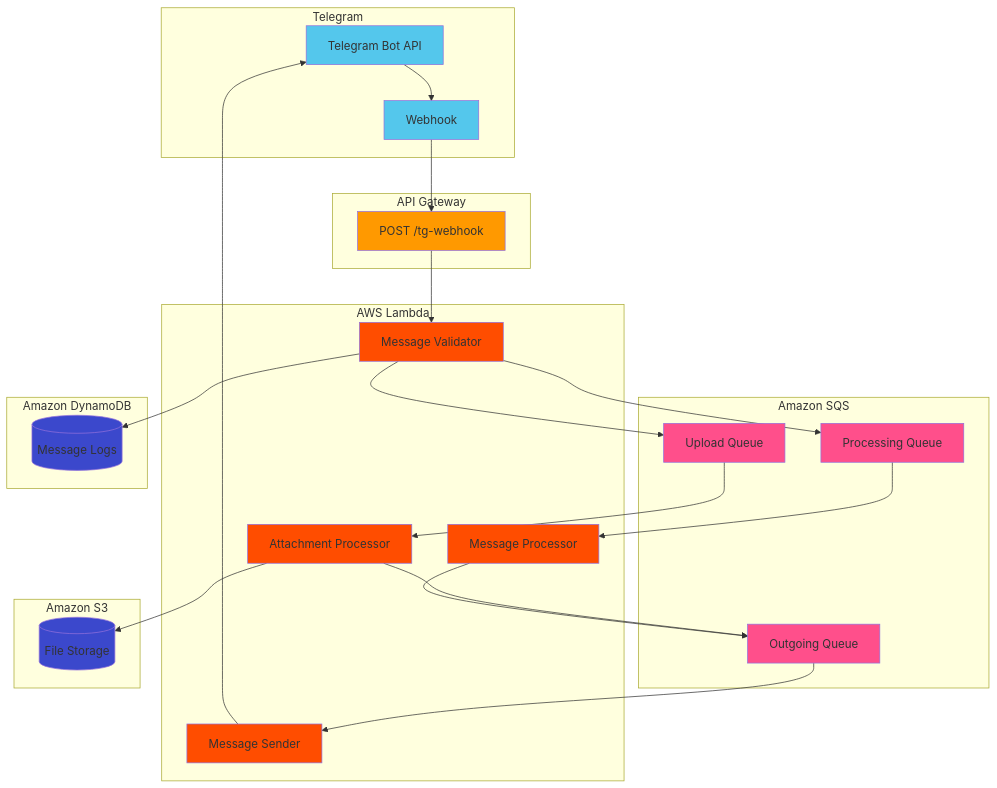
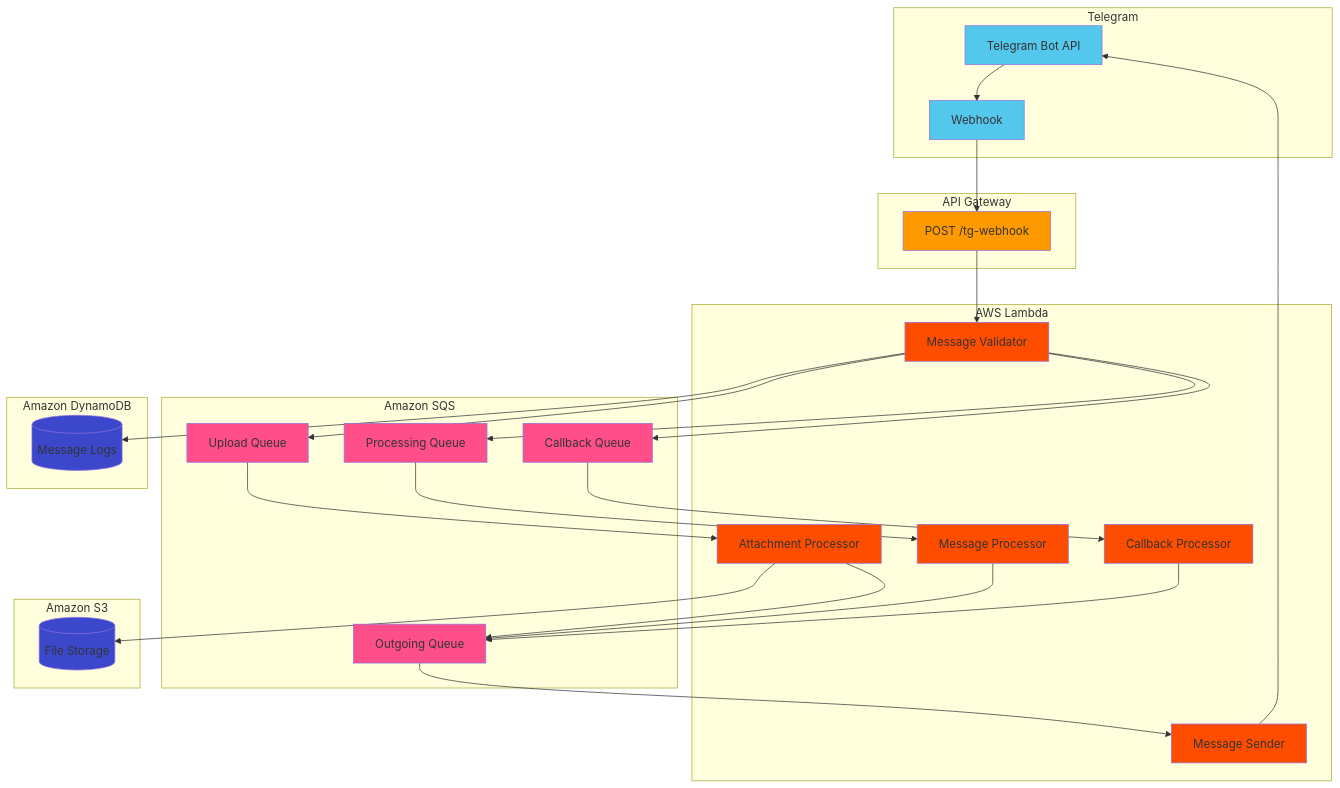
The diagram in README.md (dmgritsan/aws-serverless-tg-bot), drawn with Mermaid before and after one commit. The commit also changed other lines of this file and 8 other files, not shown here.

````diff
--- a/README.md
+++ b/README.md
@@ -6,50 +6,57 @@
 ```mermaid
 graph TD
     subgraph Telegram["Telegram"]
         A[Telegram Bot API] --> B[Webhook]
         style A fill:#54C7EC
         style B fill:#54C7EC
     end
     subgraph APIGateway["API Gateway"]
         C[POST /tg-webhook]
         style C fill:#FF9900
     end
     subgraph Lambda["AWS Lambda"]
         D[Message Validator]
         E[Message Processor]
         F[Message Sender]
         H[Attachment Processor]
+        M[Callback Processor]
         style D fill:#FF4D00
         style E fill:#FF4D00
         style F fill:#FF4D00
         style H fill:#FF4D00
+        style M fill:#FF4D00
     end
     subgraph Queue["Amazon SQS"]
         I[Upload Queue]
         J[Processing Queue]
         K[Outgoing Queue]
+        N[Callback Queue]
         style I fill:#FF4F8B
         style J fill:#FF4F8B
         style K fill:#FF4F8B
+        style N fill:#FF4F8B
     end
     subgraph Storage["Amazon S3"]
         L[(File Storage)]
         style L fill:#3B48CC
     end
     subgraph Database["Amazon DynamoDB"]
         G[(Message Logs)]
         style G fill:#3B48CC
     end
     B --> C
     C --> D
     D --> I
     D --> J
+    D --> N
     D --> G
     I --> H
     H --> L
     H --> K
     J --> E
     E --> K
+    N --> M
+    M --> K
     K --> F
     F --> A
 ```
````
